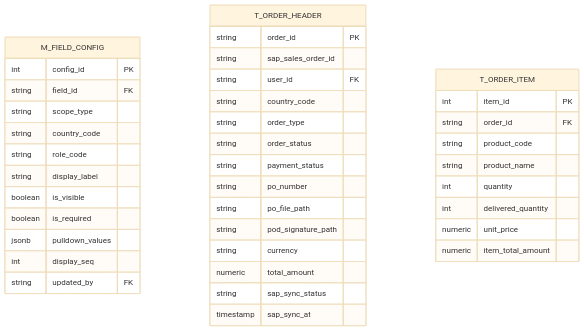
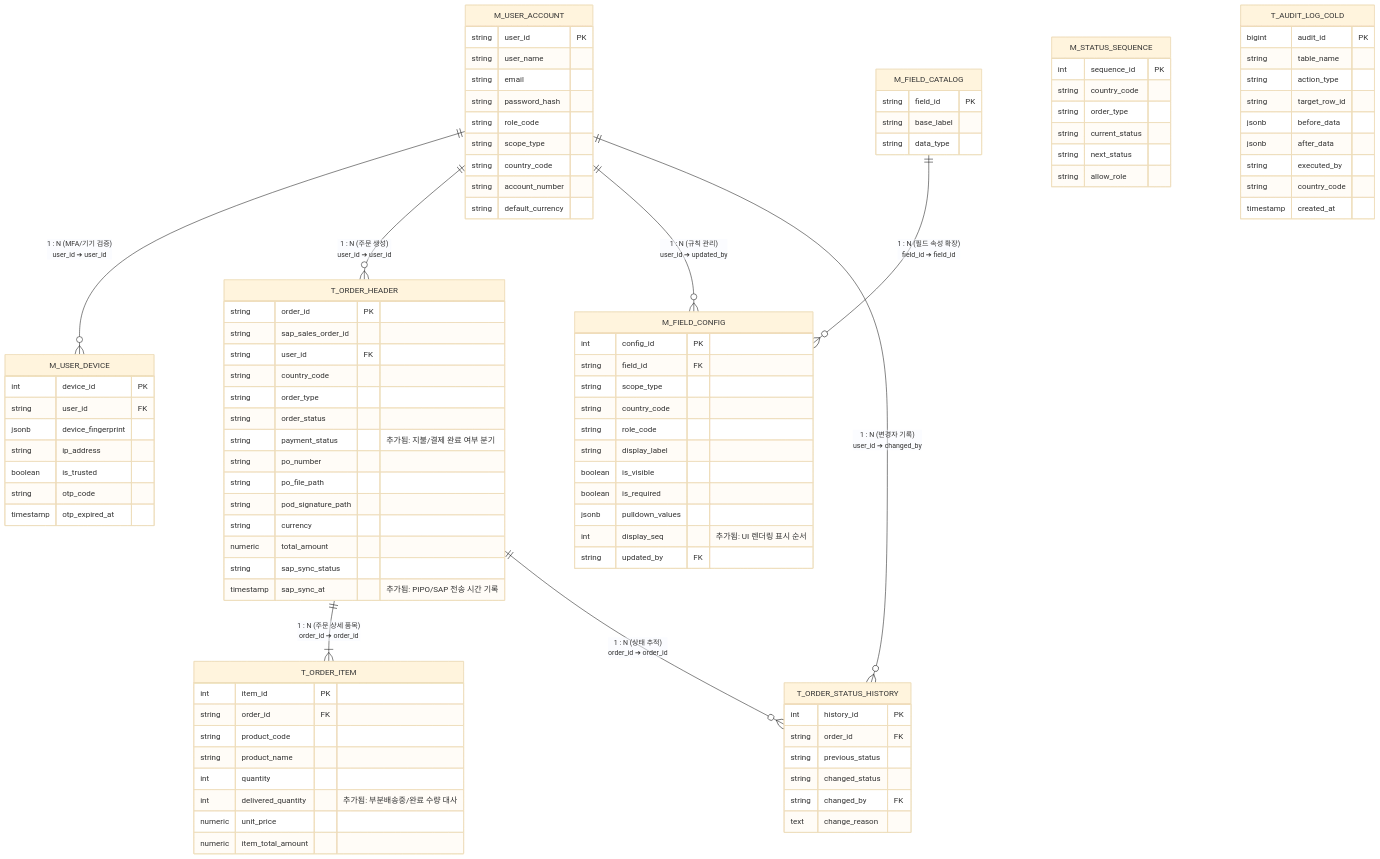
The diagram in README.md (jang9876-ux/Intuitive-KOP-Design), drawn with Mermaid (base theme) before and after one commit.

````diff
--- a/README.md
+++ b/README.md
@@ -1,5 +1,44 @@
 ```mermaid
 erDiagram
+    %% 1. 관계(Relationships) 정의
+    M_USER_ACCOUNT ||--o{ M_USER_DEVICE : "1 : N (MFA/기기 검증)<br>user_id ➔ user_id"
+    M_USER_ACCOUNT ||--o{ T_ORDER_HEADER : "1 : N (주문 생성)<br>user_id ➔ user_id"
+    M_USER_ACCOUNT ||--o{ M_FIELD_CONFIG : "1 : N (규칙 관리)<br>user_id ➔ updated_by"
+    M_USER_ACCOUNT ||--o{ T_ORDER_STATUS_HISTORY : "1 : N (변경자 기록)<br>user_id ➔ changed_by"
+    
+    M_FIELD_CATALOG ||--o{ M_FIELD_CONFIG : "1 : N (필드 속성 확장)<br>field_id ➔ field_id"
+    
+    T_ORDER_HEADER ||--|{ T_ORDER_ITEM : "1 : N (주문 상세 품목)<br>order_id ➔ order_id"
+    T_ORDER_HEADER ||--o{ T_ORDER_STATUS_HISTORY : "1 : N (상태 추적)<br>order_id ➔ order_id"
+
+    %% 2. 엔티티(Entities) 정의
+    M_USER_ACCOUNT {
+        string user_id PK
+        string user_name
+        string email
+        string password_hash
+        string role_code
+        string scope_type
+        string country_code
+        string account_number
+        string default_currency
+    }
+
+    M_USER_DEVICE {
+        int device_id PK
+        string user_id FK
+        jsonb device_fingerprint
+        string ip_address
+        boolean is_trusted
+        string otp_code
+        timestamp otp_expired_at
+    }
+
+    M_FIELD_CATALOG {
+        string field_id PK
+        string base_label
+        string data_type
+    }
 
     M_FIELD_CONFIG {
         int config_id PK
@@ -11,7 +50,7 @@
         boolean is_visible
         boolean is_required
         jsonb pulldown_values
-        int display_seq
+        int display_seq "추가됨: UI 렌더링 표시 순서"
         string updated_by FK
     }
 
@@ -22,14 +61,14 @@
         string country_code
         string order_type
         string order_status
-        string payment_status
+        string payment_status "추가됨: 지불/결제 완료 여부 분기"
         string po_number
         string po_file_path
         string pod_signature_path
         string currency
         numeric total_amount
         string sap_sync_status
-        timestamp sap_sync_at
+        timestamp sap_sync_at "추가됨: PIPO/SAP 전송 시간 기록"
     }
 
     T_ORDER_ITEM {
@@ -38,8 +77,38 @@
         string product_code
         string product_name
         int quantity
-        int delivered_quantity
+        int delivered_quantity "추가됨: 부분배송중/완료 수량 대사"
         numeric unit_price
         numeric item_total_amount
     }
+
+    T_ORDER_STATUS_HISTORY {
+        int history_id PK
+        string order_id FK
+        string previous_status
+        string changed_status
+        string changed_by FK
+        text change_reason
+    }
+
+    M_STATUS_SEQUENCE {
+        int sequence_id PK
+        string country_code
+        string order_type
+        string current_status
+        string next_status
+        string allow_role
+    }
+
+    T_AUDIT_LOG_COLD {
+        bigint audit_id PK
+        string table_name
+        string action_type
+        string target_row_id
+        jsonb before_data
+        jsonb after_data
+        string executed_by
+        string country_code
+        timestamp created_at
+    }
 ```
````
